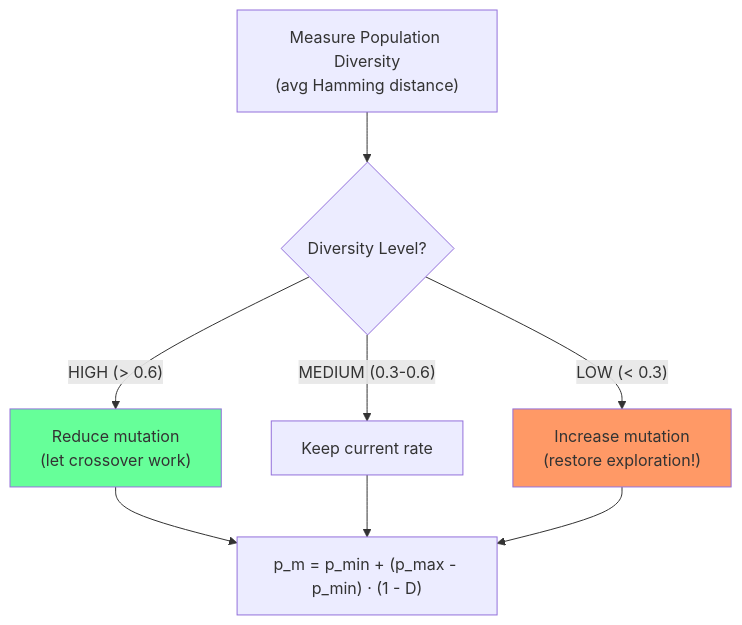
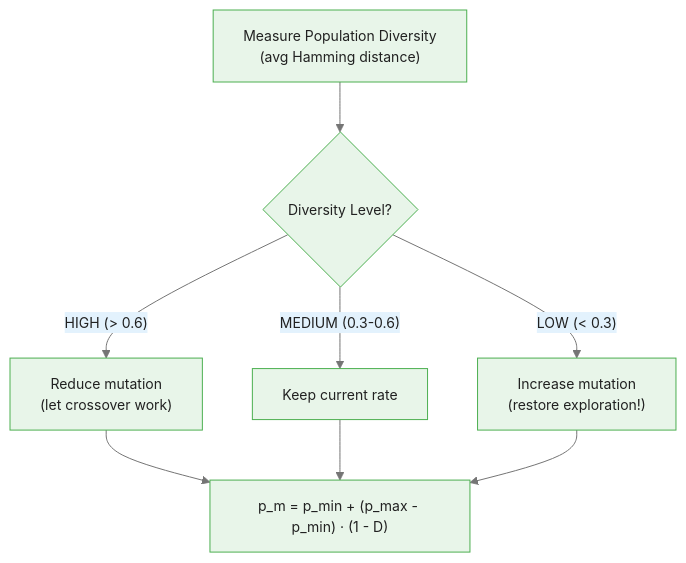
One commit to m-deane/course-creator changed the second of 4 diagrams in courses/genetic-algorithms-feature-selection/modules/module_05_advanced/guides/03_adaptive_operators_slides.md. Above: the diagram before and after it, drawn with Mermaid. The commit also changed other lines of this file and 52 other files, not shown here.

````diff
--- a/courses/genetic-algorithms-feature-selection/modules/module_05_advanced/guides/03_adaptive_operators_slides.md
+++ b/courses/genetic-algorithms-feature-selection/modules/module_05_advanced/guides/03_adaptive_operators_slides.md
@@ -86,12 +84,11 @@
 ```mermaid
+%%{init: {"theme": "base", "themeVariables": {"primaryColor": "#e8f5e9", "primaryBorderColor": "#4caf50", "primaryTextColor": "#212121", "secondaryColor": "#e3f2fd", "tertiaryColor": "#fff8e1", "lineColor": "#757575", "fontFamily": "Inter, sans-serif", "fontSize": "14px"}}}%%
 flowchart TD
     A["Measure Population Diversity<br/>(avg Hamming distance)"] --> B{"Diversity Level?"}
     B -->|"HIGH (> 0.6)"| C["Reduce mutation<br/>(let crossover work)"]
     B -->|"MEDIUM (0.3-0.6)"| D["Keep current rate"]
     B -->|"LOW (< 0.3)"| E["Increase mutation<br/>(restore exploration!)"]
     C --> F["p_m = p_min + (p_max - p_min) · (1 - D)"]
     D --> F
     E --> F
-    style C fill:#6f9
-    style E fill:#f96
 ```
````
